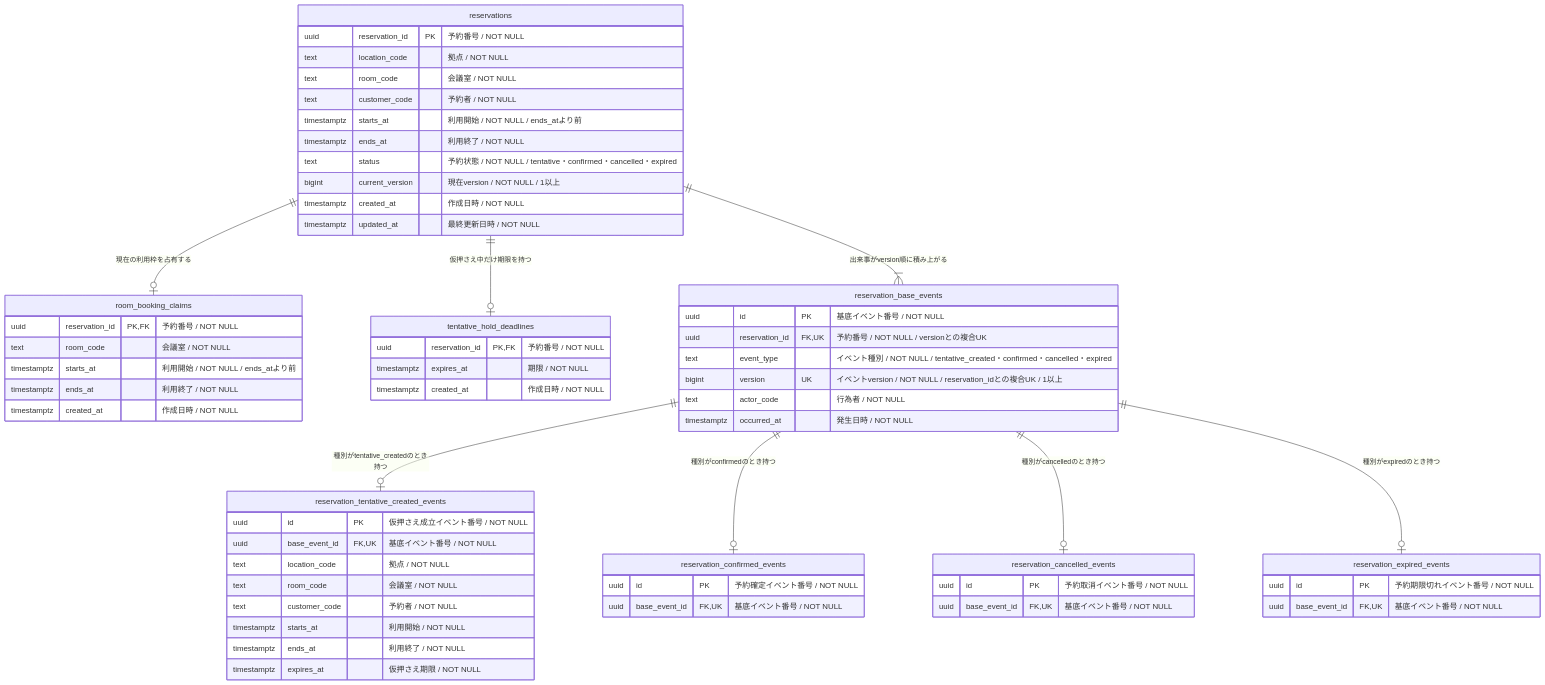
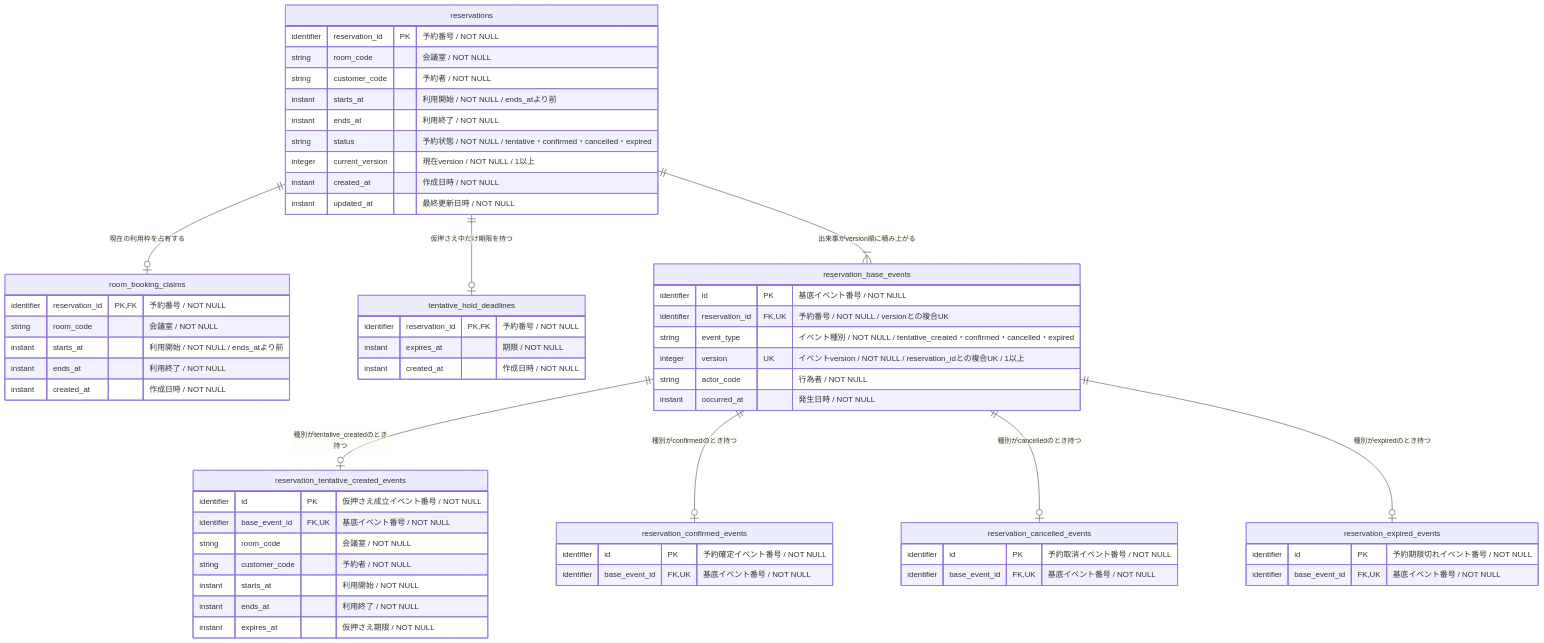
The diagram in plugins/skills/authoring/content-types/assets/examples/rdb-logical-data-modeling.example.md (nakamori-naoya/write-doc-plugins), drawn with Mermaid before and after one commit. The commit also changed other lines of this file and 45 other files, not shown here.

````diff
--- a/plugins/skills/authoring/content-types/assets/examples/rdb-logical-data-modeling.example.md
+++ b/plugins/skills/authoring/content-types/assets/examples/rdb-logical-data-modeling.example.md
@@ -51,65 +53,63 @@
 ```mermaid
 erDiagram
     reservations {
-        uuid reservation_id PK "予約番号 / NOT NULL"
-        text location_code "拠点 / NOT NULL"
-        text room_code "会議室 / NOT NULL"
-        text customer_code "予約者 / NOT NULL"
-        timestamptz starts_at "利用開始 / NOT NULL / ends_atより前"
-        timestamptz ends_at "利用終了 / NOT NULL"
-        text status "予約状態 / NOT NULL / tentative・confirmed・cancelled・expired"
-        bigint current_version "現在version / NOT NULL / 1以上"
-        timestamptz created_at "作成日時 / NOT NULL"
-        timestamptz updated_at "最終更新日時 / NOT NULL"
+        identifier reservation_id PK "予約番号 / NOT NULL"
+        string room_code "会議室 / NOT NULL"
+        string customer_code "予約者 / NOT NULL"
+        instant starts_at "利用開始 / NOT NULL / ends_atより前"
+        instant ends_at "利用終了 / NOT NULL"
+        string status "予約状態 / NOT NULL / tentative・confirmed・cancelled・expired"
+        integer current_version "現在version / NOT NULL / 1以上"
+        instant created_at "作成日時 / NOT NULL"
+        instant updated_at "最終更新日時 / NOT NULL"
     }
     room_booking_claims {
-        uuid reservation_id PK, FK "予約番号 / NOT NULL"
-        text room_code "会議室 / NOT NULL"
-        timestamptz starts_at "利用開始 / NOT NULL / ends_atより前"
-        timestamptz ends_at "利用終了 / NOT NULL"
-        timestamptz created_at "作成日時 / NOT NULL"
+        identifier reservation_id PK, FK "予約番号 / NOT NULL"
+        string room_code "会議室 / NOT NULL"
+        instant starts_at "利用開始 / NOT NULL / ends_atより前"
+        instant ends_at "利用終了 / NOT NULL"
+        instant created_at "作成日時 / NOT NULL"
     }
     tentative_hold_deadlines {
-        uuid reservation_id PK, FK "予約番号 / NOT NULL"
-        timestamptz expires_at "期限 / NOT NULL"
-        timestamptz created_at "作成日時 / NOT NULL"
+        identifier reservation_id PK, FK "予約番号 / NOT NULL"
+        instant expires_at "期限 / NOT NULL"
+        instant created_at "作成日時 / NOT NULL"
     }
     reservation_base_events {
-        uuid id PK "基底イベント番号 / NOT NULL"
-        uuid reservation_id FK, UK "予約番号 / NOT NULL / versionとの複合UK"
-        text event_type "イベント種別 / NOT NULL / tentative_created・confirmed・cancelled・expired"
-        bigint version UK "イベントversion / NOT NULL / reservation_idとの複合UK / 1以上"
-        text actor_code "行為者 / NOT NULL"
-        timestamptz occurred_at "発生日時 / NOT NULL"
+        identifier id PK "基底イベント番号 / NOT NULL"
+        identifier reservation_id FK, UK "予約番号 / NOT NULL / versionとの複合UK"
+        string event_type "イベント種別 / NOT NULL / tentative_created・confirmed・cancelled・expired"
+        integer version UK "イベントversion / NOT NULL / reservation_idとの複合UK / 1以上"
+        string actor_code "行為者 / NOT NULL"
+        instant occurred_at "発生日時 / NOT NULL"
     }
     reservation_tentative_created_events {
-        uuid id PK "仮押さえ成立イベント番号 / NOT NULL"
-        uuid base_event_id FK, UK "基底イベント番号 / NOT NULL"
-        text location_code "拠点 / NOT NULL"
-        text room_code "会議室 / NOT NULL"
-        text customer_code "予約者 / NOT NULL"
-        timestamptz starts_at "利用開始 / NOT NULL"
-        timestamptz ends_at "利用終了 / NOT NULL"
-        timestamptz expires_at "仮押さえ期限 / NOT NULL"
+        identifier id PK "仮押さえ成立イベント番号 / NOT NULL"
+        identifier base_event_id FK, UK "基底イベント番号 / NOT NULL"
+        string room_code "会議室 / NOT NULL"
+        string customer_code "予約者 / NOT NULL"
+        instant starts_at "利用開始 / NOT NULL"
+        instant ends_at "利用終了 / NOT NULL"
+        instant expires_at "仮押さえ期限 / NOT NULL"
     }
     reservation_confirmed_events {
-        uuid id PK "予約確定イベント番号 / NOT NULL"
-        uuid base_event_id FK, UK "基底イベント番号 / NOT NULL"
+        identifier id PK "予約確定イベント番号 / NOT NULL"
+        identifier base_event_id FK, UK "基底イベント番号 / NOT NULL"
     }
     reservation_cancelled_events {
-        uuid id PK "予約取消イベント番号 / NOT NULL"
-        uuid base_event_id FK, UK "基底イベント番号 / NOT NULL"
+        identifier id PK "予約取消イベント番号 / NOT NULL"
+        identifier base_event_id FK, UK "基底イベント番号 / NOT NULL"
     }
     reservation_expired_events {
-        uuid id PK "予約期限切れイベント番号 / NOT NULL"
-        uuid base_event_id FK, UK "基底イベント番号 / NOT NULL"
+        identifier id PK "予約期限切れイベント番号 / NOT NULL"
+        identifier base_event_id FK, UK "基底イベント番号 / NOT NULL"
     }
 
     reservations ||--o| room_booking_claims : "現在の利用枠を占有する"
     reservations ||--o| tentative_hold_deadlines : "仮押さえ中だけ期限を持つ"
     reservations ||--|{ reservation_base_events : "出来事がversion順に積み上がる"
     reservation_base_events ||--o| reservation_tentative_created_events : "種別がtentative_createdのとき持つ"
     reservation_base_events ||--o| reservation_confirmed_events : "種別がconfirmedのとき持つ"
     reservation_base_events ||--o| reservation_cancelled_events : "種別がcancelledのとき持つ"
     reservation_base_events ||--o| reservation_expired_events : "種別がexpiredのとき持つ"
 ```
````
